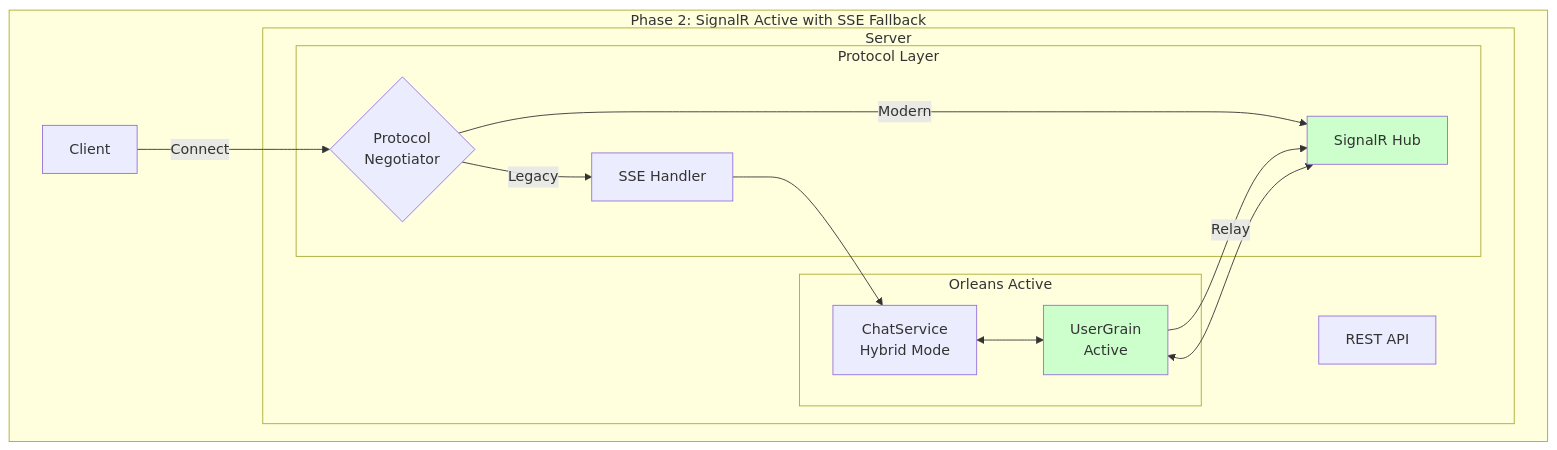
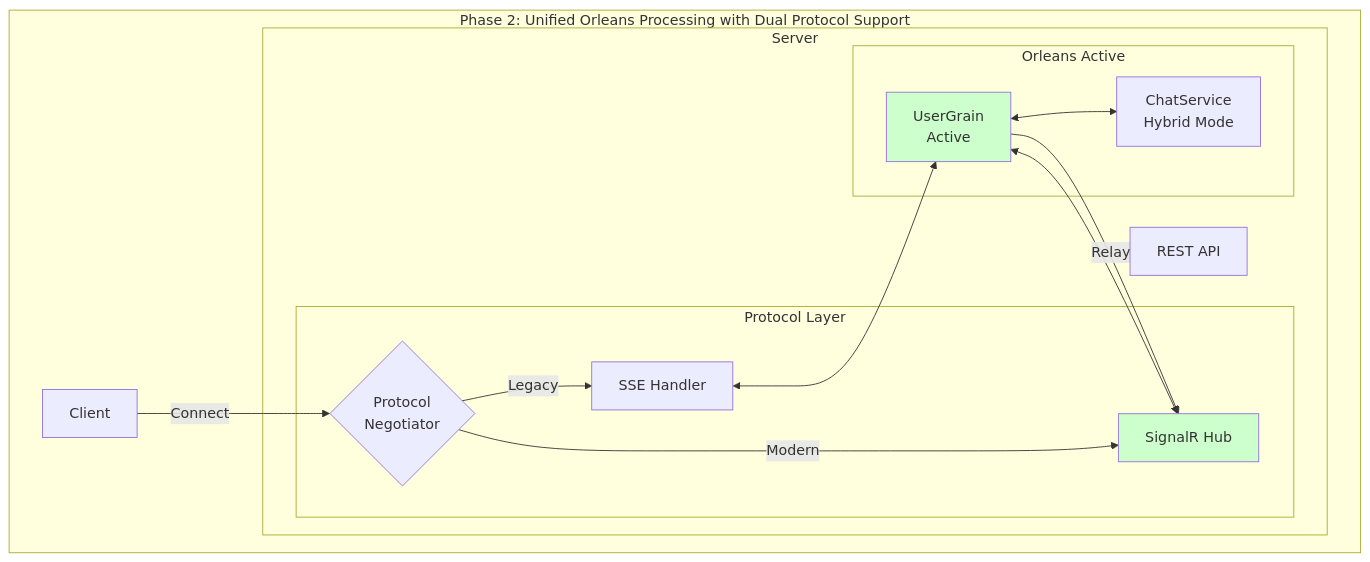
One commit to bonbon-on-fire/doc_project_2025 changed diagram 13 of 20 in docs/features/orleans-grain-integration/design.md. Above: the diagram before and after it, drawn with Mermaid. The commit also changed other lines of this file and 6 other files, not shown here.

First line of the commit message:
feat: Implement Orleans-First Message Processing for chat system

````diff
--- a/docs/features/orleans-grain-integration/design.md
+++ b/docs/features/orleans-grain-integration/design.md
@@ -883,34 +1144,34 @@
 ```mermaid
 graph TB
-    subgraph "Phase 2: SignalR Active with SSE Fallback"
+    subgraph "Phase 2: Unified Orleans Processing with Dual Protocol Support"
         Client[Client]
         
         subgraph "Server"
             API[REST API]
             
             subgraph "Protocol Layer"
                 PN{Protocol<br/>Negotiator}
                 SSE[SSE Handler]
                 Hub[SignalR Hub]
             end
             
             subgraph "Orleans Active"
                 UG[UserGrain<br/>Active]
                 CS[ChatService<br/>Hybrid Mode]
             end
         end
         
         Client -->|Connect| PN
         PN -->|Modern| Hub
         PN -->|Legacy| SSE
         
         Hub <--> UG
-        SSE --> CS
-        CS <--> UG
+        SSE <--> UG
+        UG <--> CS
         
         UG -->|Relay| Hub
     end
     
     style UG fill:#ccffcc
     style Hub fill:#ccffcc
 ```
````
